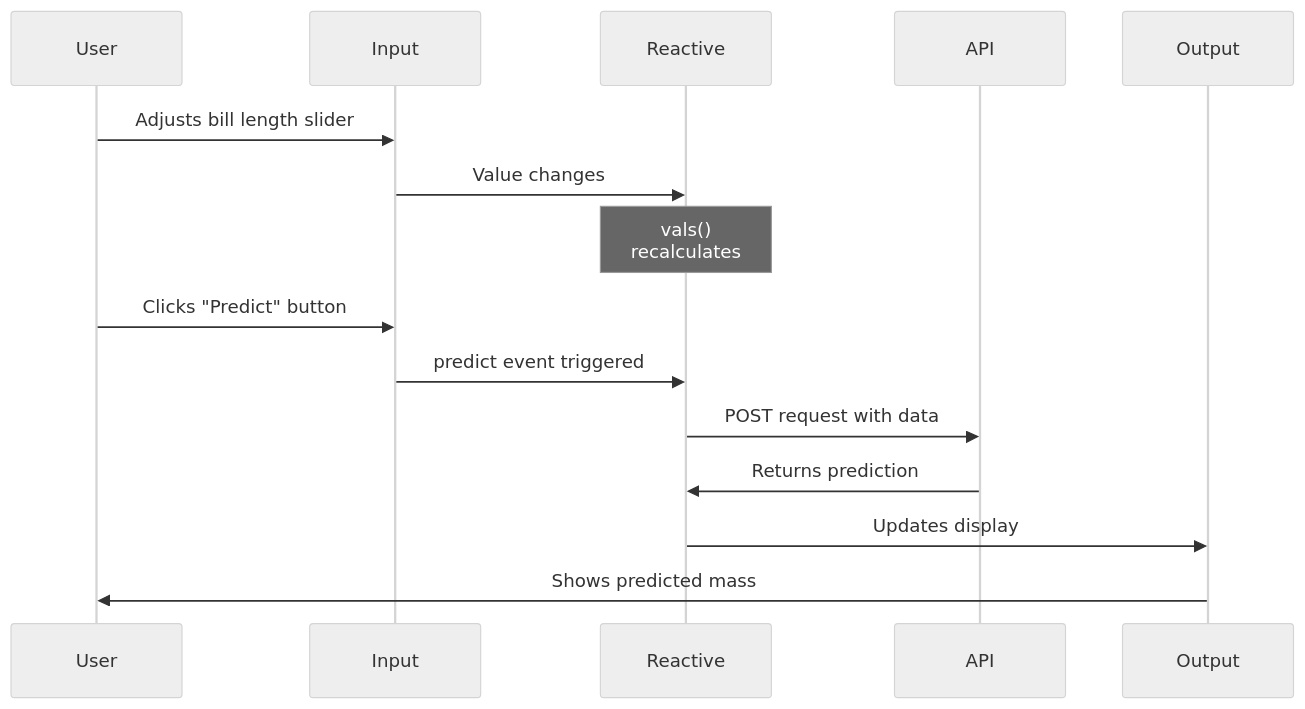
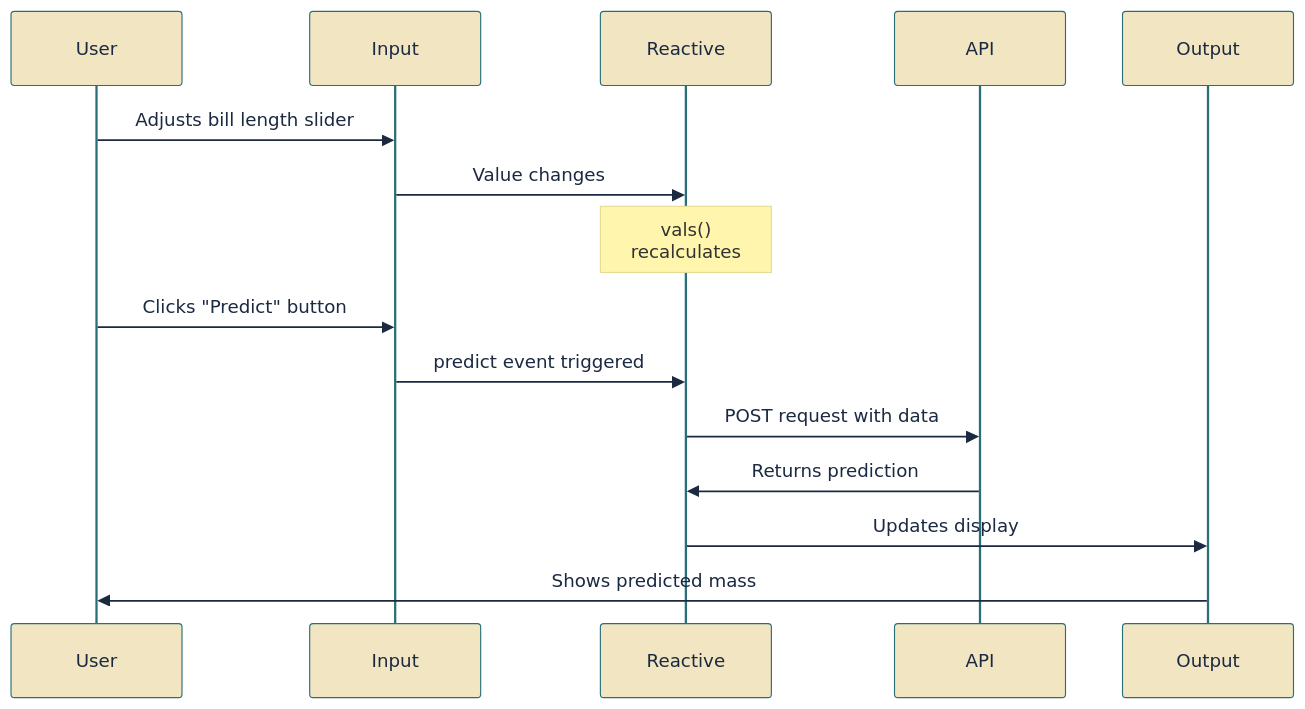
One commit to mjfrigaard/do4ds-labs changed the first of 15 diagrams in app-log-py.qmd. Above: the diagram before and after it, drawn with Mermaid. The commit also changed other lines of this file and 88 other files, not shown here.

````diff
--- a/app-log-py.qmd
+++ b/app-log-py.qmd
@@ -41,24 +41,24 @@
 ```{mermaid}
 %%| fig-cap: 'Python Shiny App and API'
 %%| fig-width: 7.0
 %%| fig-align: center
-%%{init: {'theme': 'neutral', 'look': 'handDrawn', 'themeVariables': { 'fontFamily': 'monospace', "fontSize":"18px"}}}%%
+%%{init: {'theme': 'base', 'look': 'handDrawn', 'themeVariables': { 'fontFamily': 'monospace', "fontSize":"18px", 'primaryColor': '#F2E6C2', 'primaryBorderColor': '#2A6F77', 'primaryTextColor': '#1B2A41', 'secondaryColor': '#d4e7e4', 'tertiaryColor': '#f5f0e4', 'lineColor': '#1B2A41', 'edgeLabelBackground': '#F2E6C2'}}}%%
 
 sequenceDiagram
     participant User
     participant Input
     participant Reactive
     participant API
     participant Output
     
     User->>Input: Adjusts bill length slider
     Input->>Reactive: Value changes
     Note over Reactive: vals()<br>recalculates
     User->>Input: Clicks "Predict" button
     Input->>Reactive: predict event triggered
     Reactive->>API: POST request with data
     API->>Reactive: Returns prediction
     Reactive->>Output: Updates display
     Output->>User: Shows predicted mass
 
 ```
````
